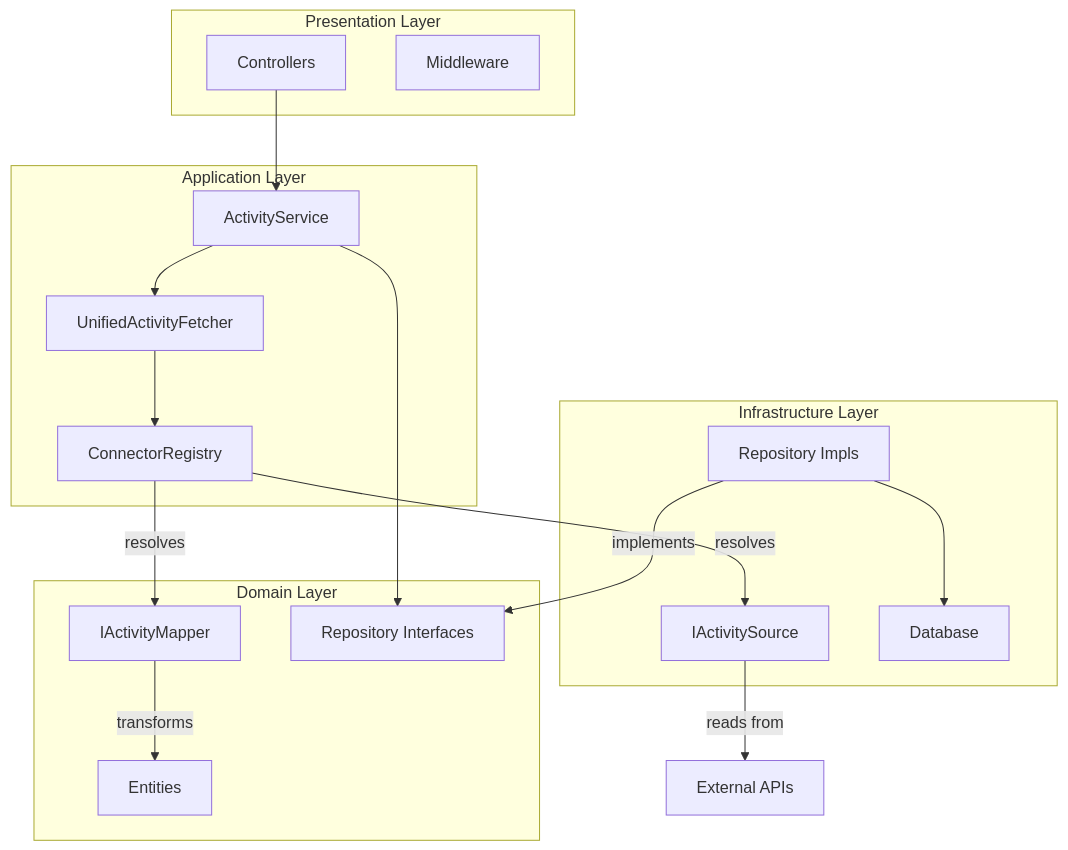
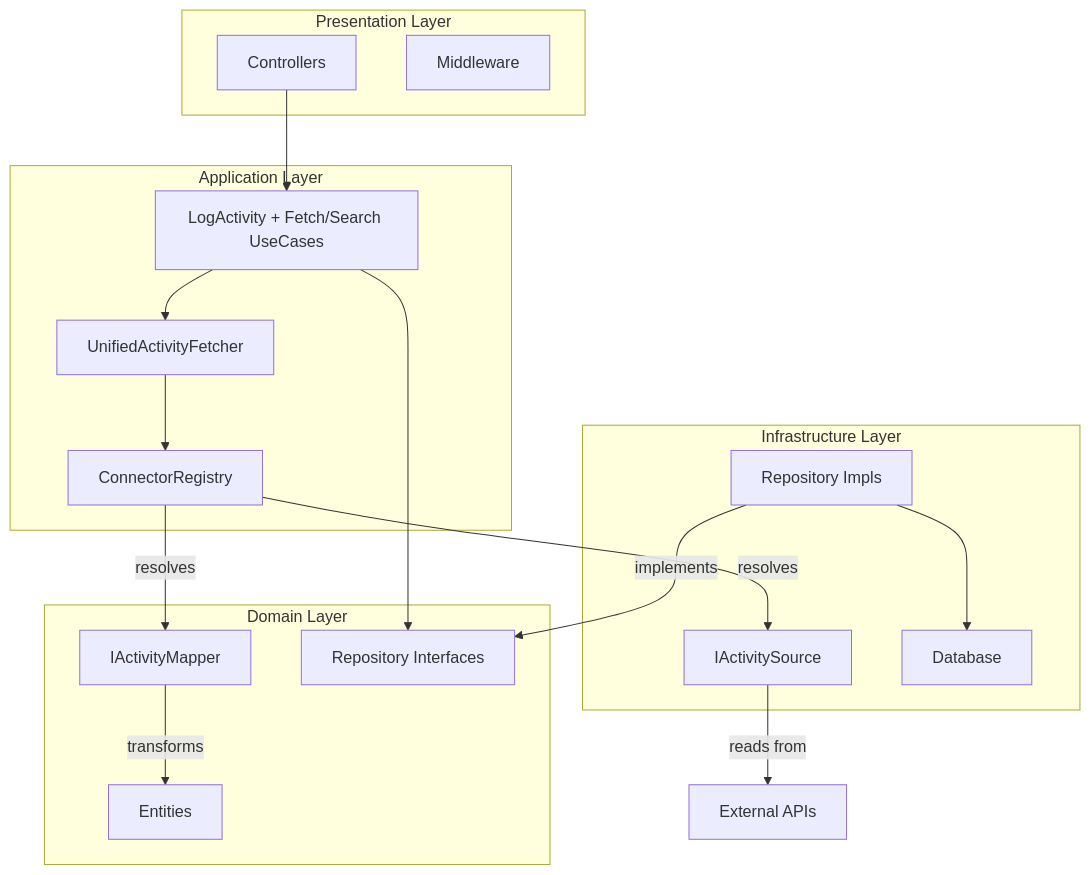
One commit to Dhallz/dab changed the diagram in doc/api.md. Above: the diagram before and after it, drawn with Mermaid. The commit also changed other lines of this file and 8 other files, not shown here.

````diff
--- a/doc/api.md
+++ b/doc/api.md
@@ -10,32 +10,32 @@
 ```mermaid
 graph TD
     subgraph "Presentation Layer"
         P_Cont[Controllers]
         P_Mid[Middleware]
     end
     subgraph "Application Layer"
         A_Sync[UnifiedActivityFetcher]
         A_Reg[ConnectorRegistry]
-        A_Serv[ActivityService]
+        A_Serv[LogActivity + Fetch/Search UseCases]
     end
     subgraph "Domain Layer"
         D_Map[IActivityMapper]
         D_Ent[Entities]
         D_Repo[Repository Interfaces]
     end
     subgraph "Infrastructure Layer"
         I_Prov[IActivitySource]
         I_Repo[Repository Impls]
         I_DB[Database]
     end
     P_Cont --> A_Serv
     A_Serv --> A_Sync
     A_Sync --> A_Reg
     A_Reg -->|resolves| D_Map
     A_Reg -->|resolves| I_Prov
     D_Map -->|transforms| D_Ent
     A_Serv --> D_Repo
     I_Repo -->|implements| D_Repo
     I_Repo --> I_DB
     I_Prov -->|reads from| Ext[External APIs]
 ```
````
